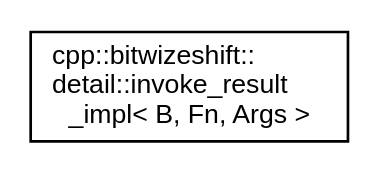
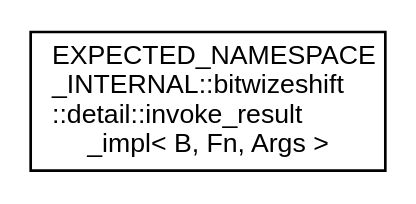
One commit to bitwizeshift/result changed the diagram in api/latest/inherit_graph_15.dot. Above: the diagram before and after it, drawn with Graphviz. The commit also changed 399 other files, not shown here.

```diff
--- a/api/latest/inherit_graph_15.dot
+++ b/api/latest/inherit_graph_15.dot
@@ -1,7 +1,7 @@
 digraph "Graphical Class Hierarchy"
 {
   edge [fontname="Helvetica",fontsize="10",labelfontname="Helvetica",labelfontsize="10"];
   node [fontname="Helvetica",fontsize="10",shape=record];
   rankdir="LR";
-  Node0 [label="cpp::bitwizeshift::\ldetail::invoke_result\l_impl\< B, Fn, Args \>",height=0.2,width=0.4,color="black", fillcolor="white", style="filled",URL="$d2/d88/structcpp_1_1bitwizeshift_1_1detail_1_1invoke__result__impl.html"];
+  Node0 [label="EXPECTED_NAMESPACE\l_INTERNAL::bitwizeshift\l::detail::invoke_result\l_impl\< B, Fn, Args \>",height=0.2,width=0.4,color="black", fillcolor="white", style="filled",URL="$dd/d60/struct_e_x_p_e_c_t_e_d___n_a_m_e_s_p_a_c_e___i_n_t_e_r_n_a_l_1_1bitwizeshift_1_1detail_1_1invoke__result__impl.html"];
 }
```
